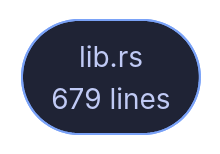
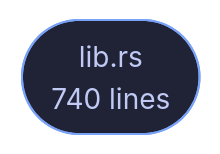
The diagram in wiki/Crate-veilvoice-gnupg.md (tilas01/veilvoice), drawn with Mermaid before and after one commit. The commit also changed other lines of this file and 46 other files, not shown here.

````diff
--- a/wiki/Crate-veilvoice-gnupg.md
+++ b/wiki/Crate-veilvoice-gnupg.md
@@ -94,6 +94,6 @@
 ```mermaid
 %%{init: {"theme":"base","themeVariables":{"background":"#1a1b26","primaryColor":"#1f2335","primaryTextColor":"#c0caf5","primaryBorderColor":"#7aa2f7","secondaryColor":"#16161e","tertiaryColor":"#16161e","lineColor":"#737aa2","textColor":"#c0caf5","mainBkg":"#1f2335","nodeBorder":"#7aa2f7","clusterBkg":"#16161e","clusterBorder":"#2f3549","fontFamily":"ui-monospace, SFMono-Regular, Consolas, monospace","fontSize":"14px"}}}%%
 flowchart TD
-    n_lib(["lib.rs<br/>679 lines"])
+    n_lib(["lib.rs<br/>740 lines"])
     click n_lib href "https://github.com/tilas01/veilvoice/blob/main/crates/veilvoice-gnupg/src/lib.rs" "open the source"
 ```
````
